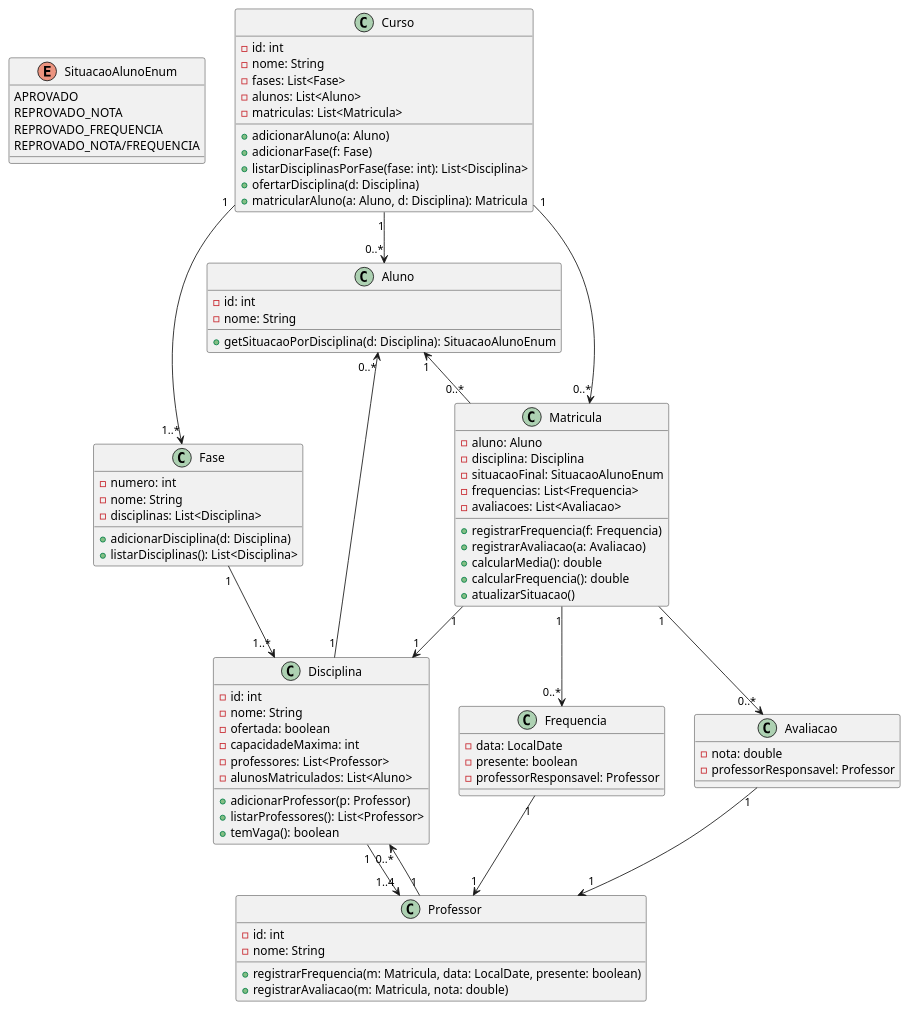
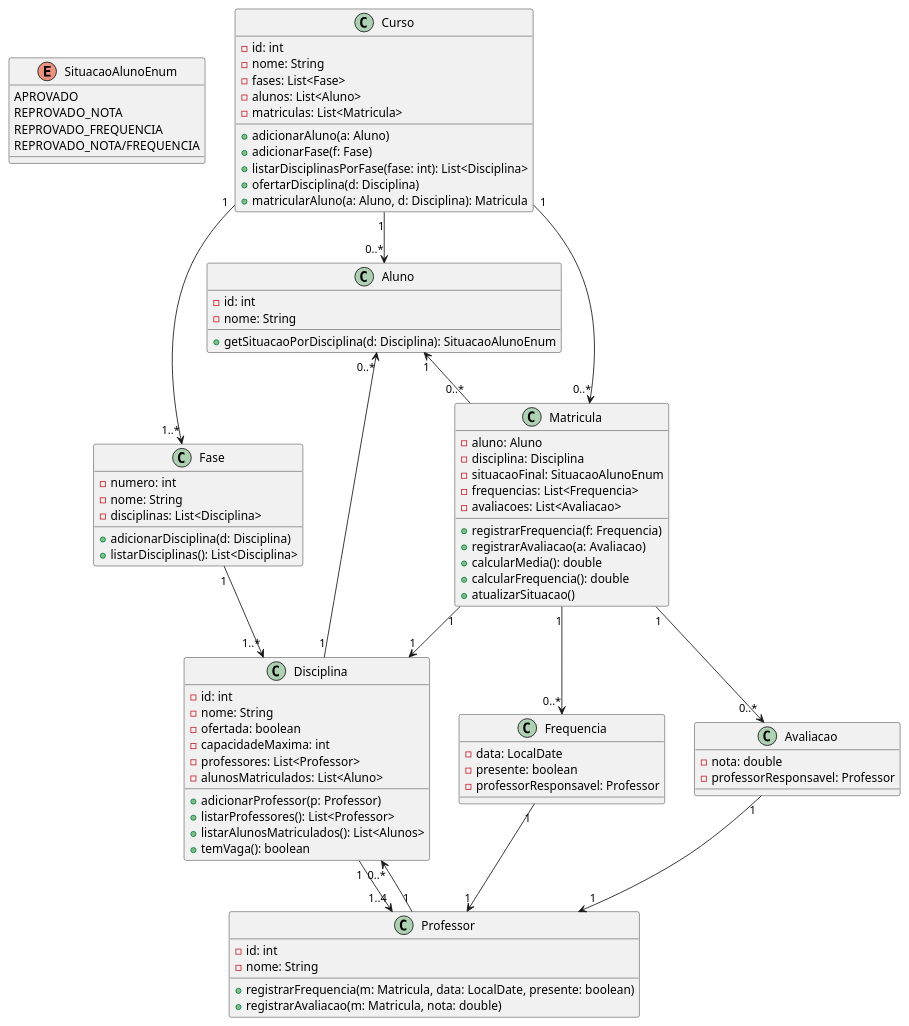
The diagram in trabalhos/target/classes/SistemaAcademico/sistema_academico_uml.puml (FuruyaSKR/POO2), drawn with PlantUML before and after one commit. The commit also changed 23 other files, not shown here.

```diff
--- a/trabalhos/target/classes/SistemaAcademico/sistema_academico_uml.puml
+++ b/trabalhos/target/classes/SistemaAcademico/sistema_academico_uml.puml
@@ -1,104 +1,105 @@
 @startuml SistemaAcademicoFinal
 
 enum SituacaoAlunoEnum {
   APROVADO
   REPROVADO_NOTA
   REPROVADO_FREQUENCIA
   REPROVADO_NOTA/FREQUENCIA
 }
 
 class Aluno {
   - id: int
   - nome: String
 
   + getSituacaoPorDisciplina(d: Disciplina): SituacaoAlunoEnum
 }
 
 class Curso {
   - id: int
   - nome: String
   - fases: List<Fase>
   - alunos: List<Aluno>
   - matriculas: List<Matricula>
 
   + adicionarAluno(a: Aluno)
   + adicionarFase(f: Fase)
   + listarDisciplinasPorFase(fase: int): List<Disciplina>
   + ofertarDisciplina(d: Disciplina)
   + matricularAluno(a: Aluno, d: Disciplina): Matricula
 }
 
 class Fase {
   - numero: int
   - nome: String
   - disciplinas: List<Disciplina>
 
   + adicionarDisciplina(d: Disciplina)
   + listarDisciplinas(): List<Disciplina>
 }
 
 class Disciplina {
   - id: int
   - nome: String
   - ofertada: boolean
   - capacidadeMaxima: int
   - professores: List<Professor>
   - alunosMatriculados: List<Aluno>
 
   + adicionarProfessor(p: Professor)
   + listarProfessores(): List<Professor>
+  + listarAlunosMatriculados(): List<Alunos>
   + temVaga(): boolean
 }
 
 class Professor {
   - id: int
   - nome: String
 
   + registrarFrequencia(m: Matricula, data: LocalDate, presente: boolean)
   + registrarAvaliacao(m: Matricula, nota: double)
 }
 
 class Matricula {
   - aluno: Aluno
   - disciplina: Disciplina
   - situacaoFinal: SituacaoAlunoEnum
   - frequencias: List<Frequencia>
   - avaliacoes: List<Avaliacao>
 
   + registrarFrequencia(f: Frequencia)
   + registrarAvaliacao(a: Avaliacao)
   + calcularMedia(): double
   + calcularFrequencia(): double
   + atualizarSituacao()
 }
 
 class Frequencia {
   - data: LocalDate
   - presente: boolean
   - professorResponsavel: Professor
 }
 
 class Avaliacao {
   - nota: double
   - professorResponsavel: Professor
 }
 
 Curso "1" --> "1..*" Fase
 Fase "1" --> "1..*" Disciplina
 Curso "1" --> "0..*" Aluno
 Curso "1" --> "0..*" Matricula
 
 Disciplina "1" --> "1..4" Professor
 Professor "1" --> "0..*" Disciplina
 
 Disciplina "1" --> "0..*" Aluno
 
 Matricula "1" --> "1" Disciplina
 Aluno "1" <-- "0..*" Matricula
 
 Matricula "1" --> "0..*" Frequencia
 Matricula "1" --> "0..*" Avaliacao
 Frequencia "1" --> "1" Professor
 Avaliacao "1" --> "1" Professor
 
 @enduml
```
